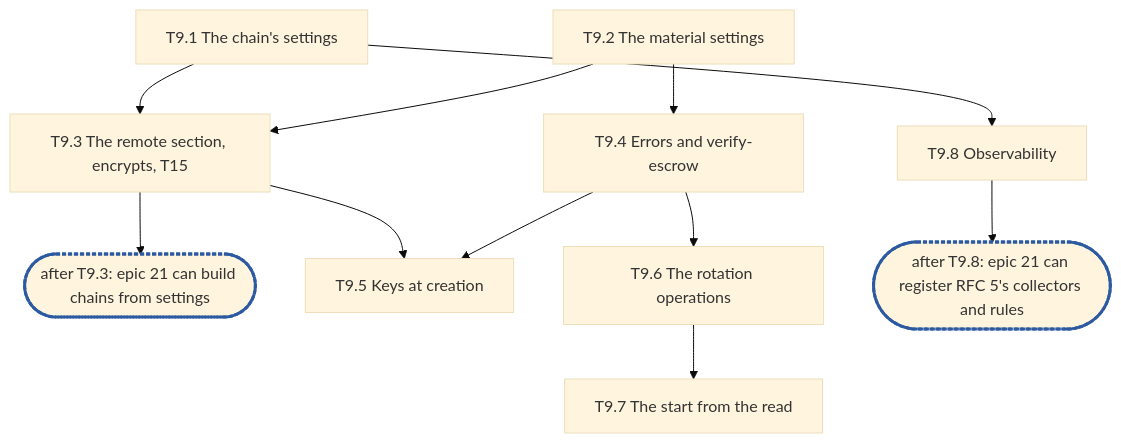
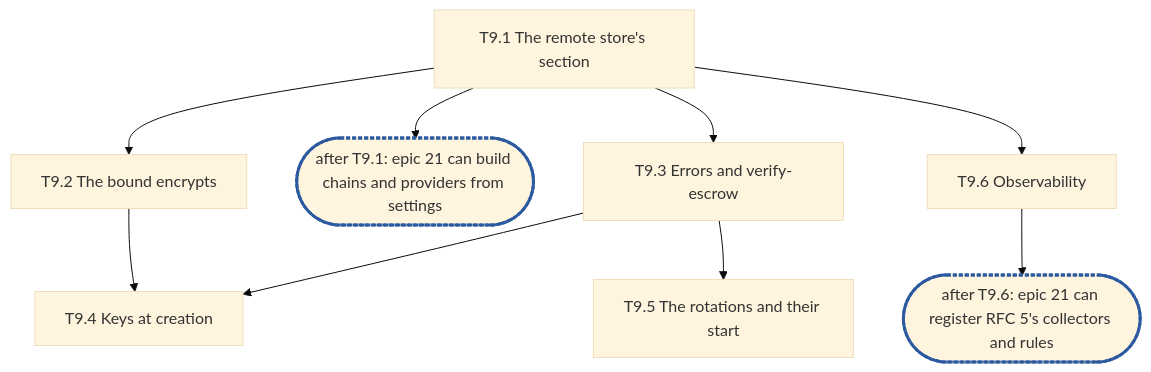
One commit to cubbit/dittofs changed the diagram in .planning/rfc-5-transforms-epic9.md. Above: the diagram before and after it, drawn with Mermaid (base theme). The commit also changed other lines of this file, not shown here.

Commit message:
docs(planning): fold the review passes into RFC 5 epic 9

````diff
--- a/.planning/rfc-5-transforms-epic9.md
+++ b/.planning/rfc-5-transforms-epic9.md
@@ -669,13 +675,12 @@
 ```mermaid
 flowchart TD
-  T9_1["T9.1 The chain's settings"] --> T9_3["T9.3 The remote section, encrypts, T15"]
-  T9_2["T9.2 The material settings"] --> T9_3
-  T9_2 --> T9_4["T9.4 Errors and verify-escrow"]
-  T9_3 --> C1(["after T9.3: epic 21 can build chains from settings"]):::sync
-  T9_3 --> T9_5["T9.5 Keys at creation"]
-  T9_4 --> T9_5
-  T9_4 --> T9_6["T9.6 The rotation operations"] --> T9_7["T9.7 The start from the read"]
-  T9_1 --> T9_8["T9.8 Observability"]
-  T9_8 --> C2(["after T9.8: epic 21 can register RFC 5's collectors and rules"]):::sync
+  T9_1["T9.1 The remote store's section"] --> T9_2["T9.2 The bound encrypts"]
+  T9_1 --> C1(["after T9.1: epic 21 can build chains and providers from settings"]):::sync
+  T9_1 --> T9_3["T9.3 Errors and verify-escrow"]
+  T9_2 --> T9_4["T9.4 Keys at creation"]
+  T9_3 --> T9_4
+  T9_3 --> T9_5["T9.5 The rotations and their start"]
+  T9_1 --> T9_6["T9.6 Observability"]
+  T9_6 --> C2(["after T9.6: epic 21 can register RFC 5's collectors and rules"]):::sync
   classDef sync stroke:#2c5aa0,stroke-width:3px,stroke-dasharray:4 2
 ```
````
